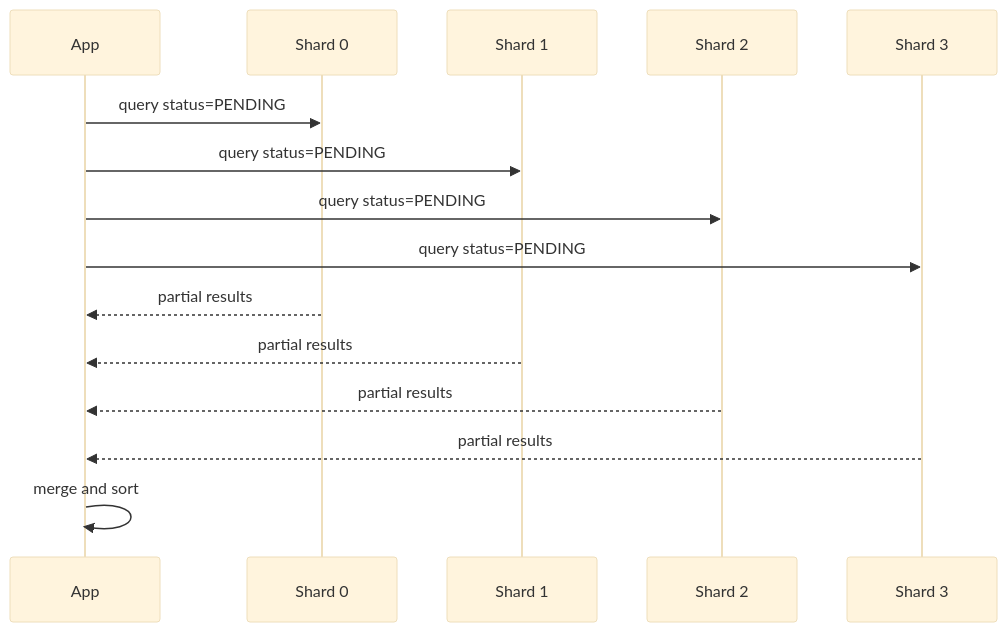
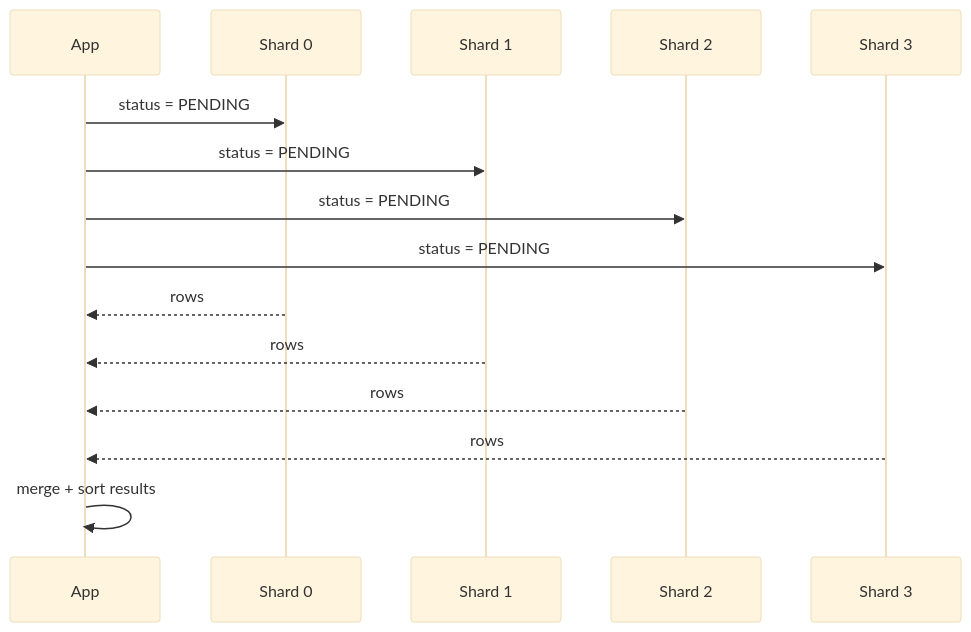
The tenth of 19 diagrams in HLD_NOTES/003_TECHNOLOGY_DEEP_DIVE/rdbms/database_v2.md (mthaiseer/springcloud-systemdesign-notes), drawn with Mermaid (base theme) before and after one commit. The commit also changed other lines of this file, not shown here.

````diff
--- a/HLD_NOTES/003_TECHNOLOGY_DEEP_DIVE/rdbms/database_v2.md
+++ b/HLD_NOTES/003_TECHNOLOGY_DEEP_DIVE/rdbms/database_v2.md
@@ -846,18 +661,18 @@
 ```mermaid
 sequenceDiagram
     participant App
     participant S0 as Shard 0
     participant S1 as Shard 1
     participant S2 as Shard 2
     participant S3 as Shard 3
 
-    App->>S0: query status=PENDING
-    App->>S1: query status=PENDING
-    App->>S2: query status=PENDING
-    App->>S3: query status=PENDING
-    S0-->>App: partial results
-    S1-->>App: partial results
-    S2-->>App: partial results
-    S3-->>App: partial results
-    App->>App: merge and sort
+    App->>S0: status = PENDING
+    App->>S1: status = PENDING
+    App->>S2: status = PENDING
+    App->>S3: status = PENDING
+    S0-->>App: rows
+    S1-->>App: rows
+    S2-->>App: rows
+    S3-->>App: rows
+    App->>App: merge + sort results
 ```
````
